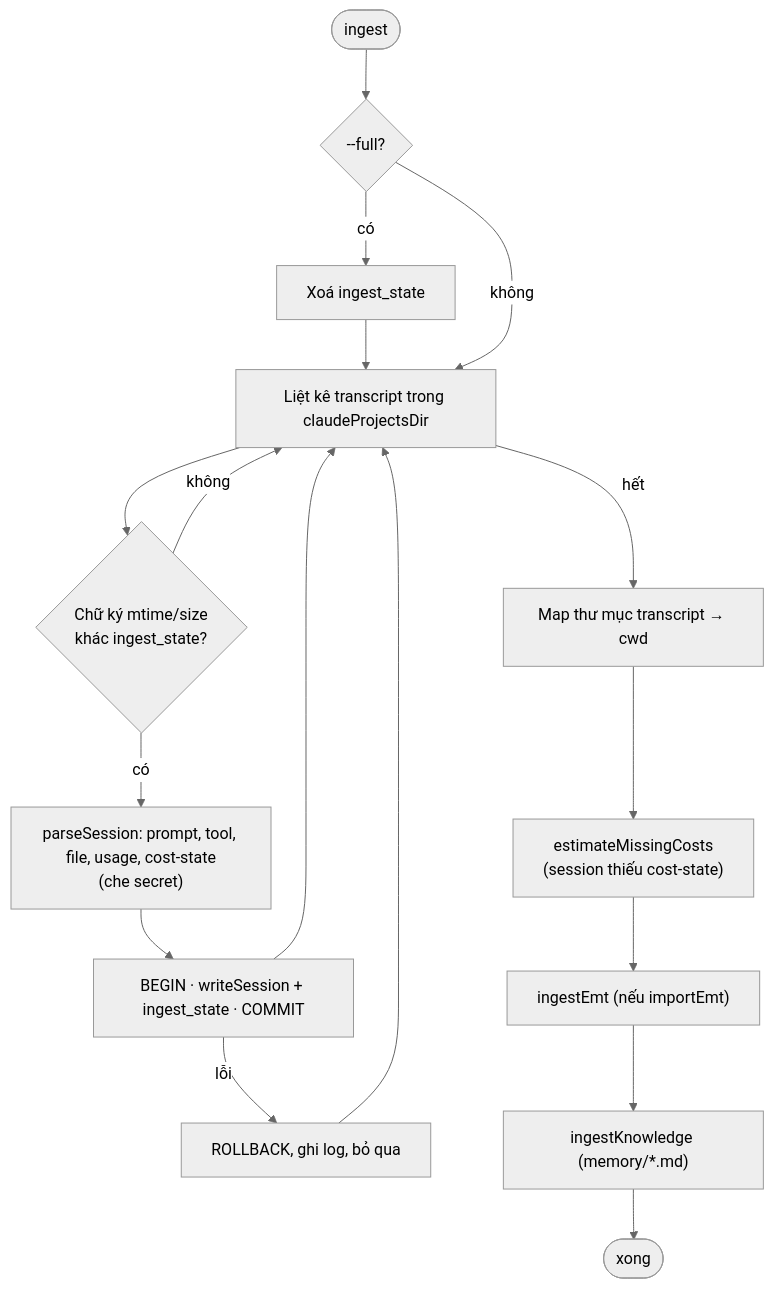
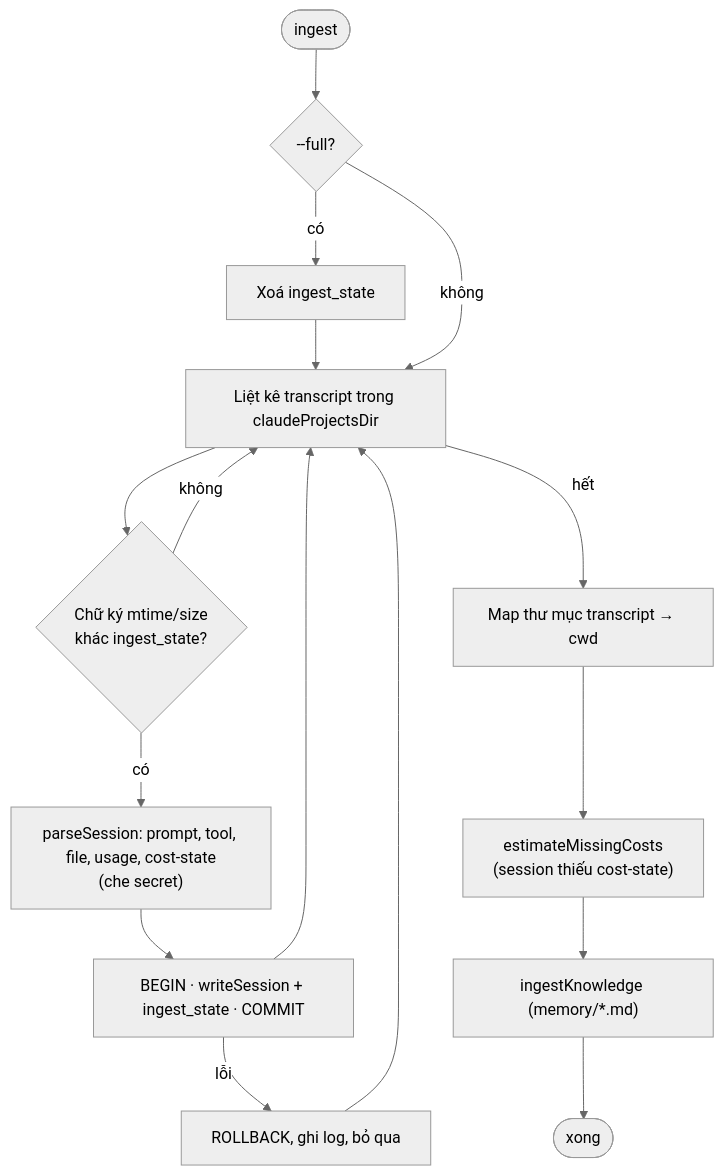
Before and after one commit to hienct-fpt/personal-brain: the second of 4 diagrams in docs/PLAN.md, drawn with Mermaid (neutral theme). The commit also changed other lines of this file and 7 other files, not shown here.

First line of the commit message:
Remove flezi-EMT import feature

````diff
--- a/docs/PLAN.md
+++ b/docs/PLAN.md
@@ -52,17 +50,16 @@
 ```mermaid
 flowchart TD
   A([ingest]) --> B{"--full?"}
   B -- có --> B1["Xoá ingest_state"] --> C
   B -- không --> C["Liệt kê transcript trong claudeProjectsDir"]
   C --> D{"Chữ ký mtime/size<br/>khác ingest_state?"}
   D -- không --> C
   D -- có --> E["parseSession: prompt, tool, file, usage, cost-state<br/>(che secret)"]
   E --> F["BEGIN · writeSession + ingest_state · COMMIT"]
   F -- lỗi --> F1["ROLLBACK, ghi log, bỏ qua"] --> C
   F --> C
   C -- hết --> G["Map thư mục transcript → cwd"]
   G --> H["estimateMissingCosts<br/>(session thiếu cost-state)"]
-  H --> J["ingestEmt (nếu importEmt)"]
-  J --> K["ingestKnowledge (memory/*.md)"]
+  H --> K["ingestKnowledge (memory/*.md)"]
   K --> Z([xong])
 ```
````
